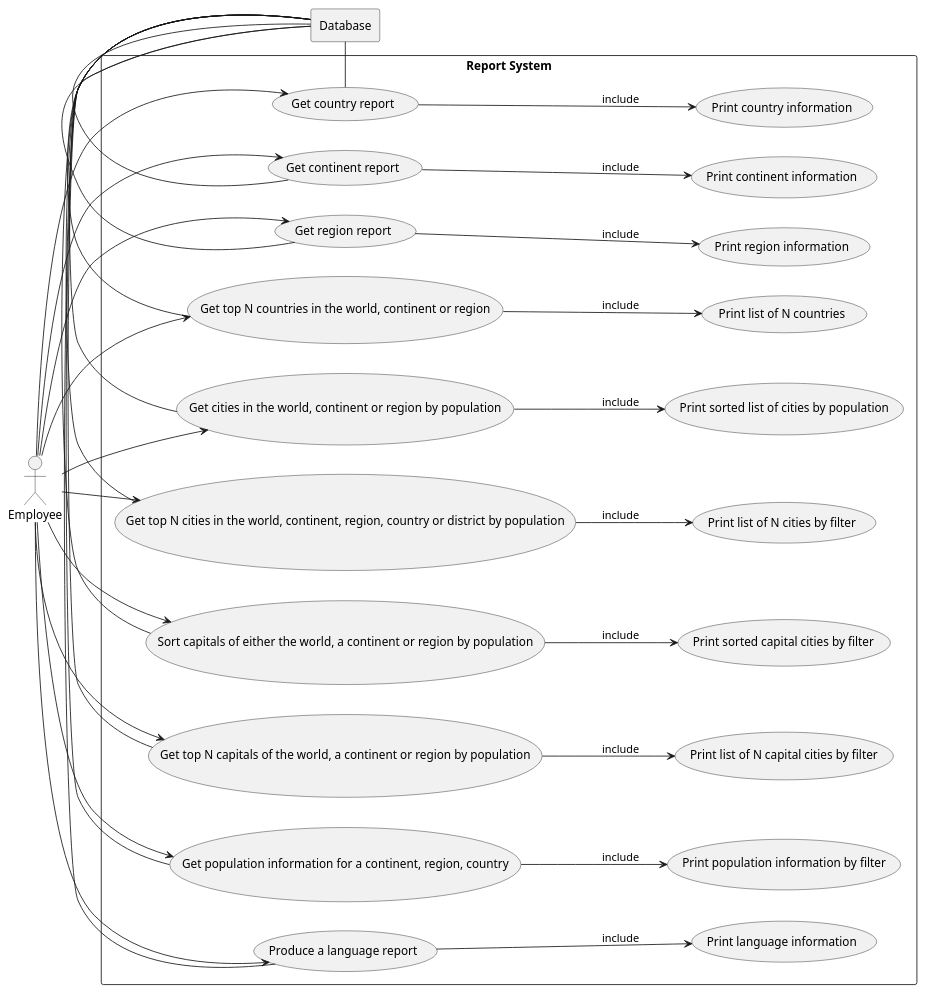
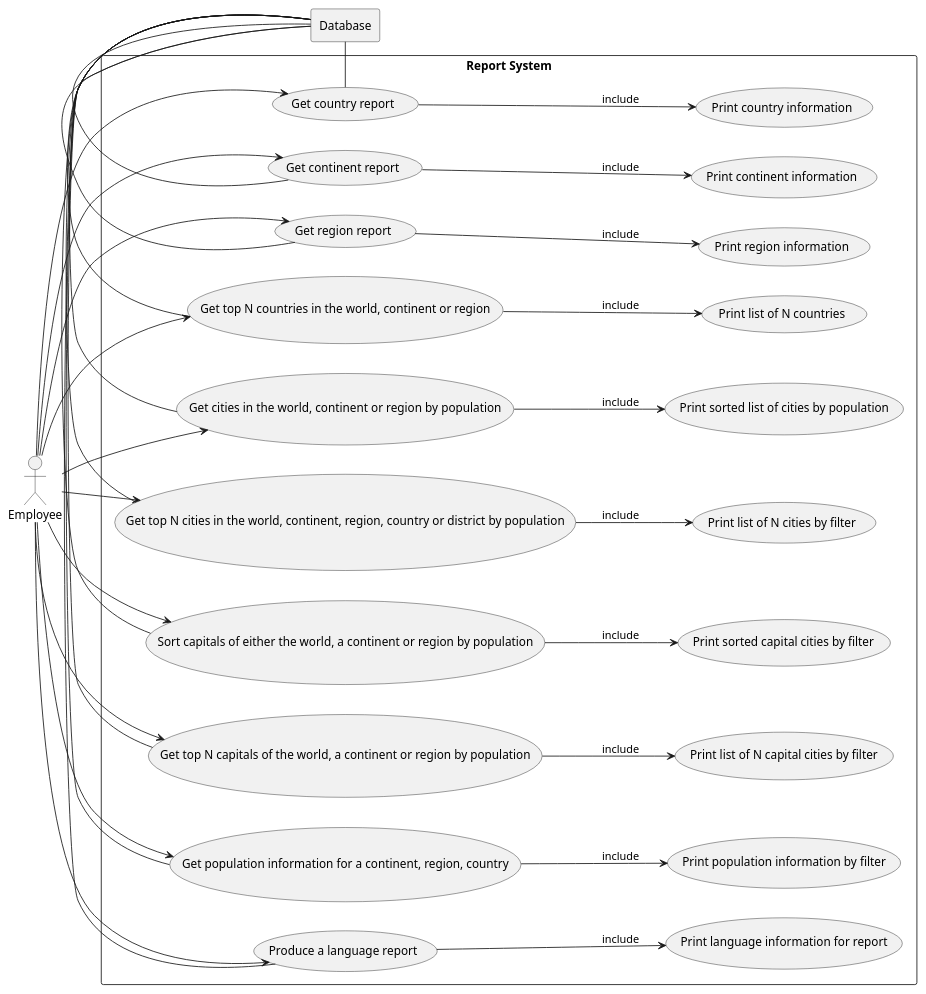
Before and after one commit to a-nicolson/group-sem: the diagram in use-cases/Report System.puml, drawn with PlantUML. The commit also changed 1 other file, not shown here.

```diff
--- a/use-cases/Report System.puml
+++ b/use-cases/Report System.puml
@@ -1,66 +1,66 @@
 @startuml
 left to right direction
 
 actor Employee
 
 rectangle Database
 
 rectangle "Report System" {
   usecase UC1 as "Get country report"
   usecase UC2 as "Get continent report"
   usecase UC3 as "Get region report"
   usecase UC4 as "Get top N countries in the world, continent or region"
   usecase UC5 as "Get cities in the world, continent or region by population"
   usecase UC6 as "Get top N cities in the world, continent, region, country or district by population"
   usecase UC7 as "Sort capitals of either the world, a continent or region by population"
   usecase UC8 as "Get top N capitals of the world, a continent or region by population"
   usecase UC9 as "Get population information for a continent, region, country"
   usecase UC10 as "Produce a language report"
 
   usecase UCa as "Print country information"
   usecase UCb as "Print continent information"
   usecase UCc as "Print region information"
   usecase UCd as "Print list of N countries"
   usecase UCe as "Print sorted list of cities by population"
   usecase UCf as "Print list of N cities by filter"
   usecase UCg as "Print sorted capital cities by filter"
   usecase UCh as "Print list of N capital cities by filter"
   usecase UCi as "Print population information by filter"
-  usecase UCj as "Print language information"
+  usecase UCj as "Print language information for report"
 
   UC1 --> UCa : include
   UC2 --> UCb : include
   UC3 --> UCc : include
   UC4 --> UCd : include
   UC5 --> UCe : include
   UC6 --> UCf : include
   UC7 --> UCg : include
   UC8 --> UCh : include
   UC9 --> UCi : include
   UC10 --> UCj : include
 
 
 
   Employee --> UC1
   Employee --> UC2
   Employee --> UC3
   Employee --> UC4
   Employee --> UC5
   Employee --> UC6
   Employee --> UC7
   Employee --> UC8
   Employee --> UC9
   Employee --> UC10
 
   UC1 - Database
   UC2 - Database
   UC3 - Database
   UC4 - Database
   UC5 - Database
   UC6 -Database
   UC7 - Database
   UC8 - Database
   UC9 -Database
   UC10 - Database
 }
 @enduml
```
